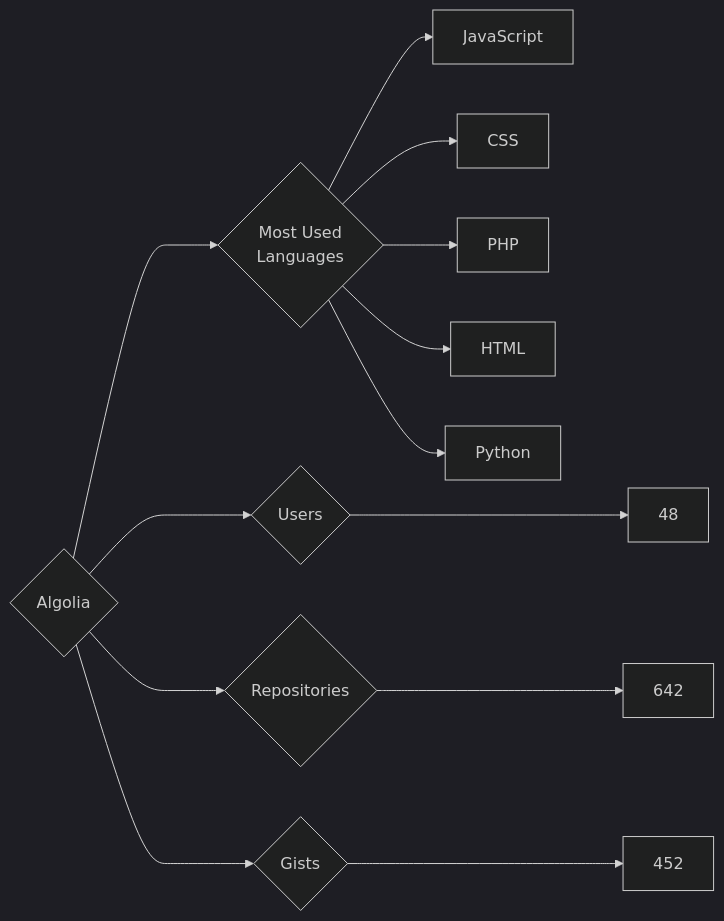
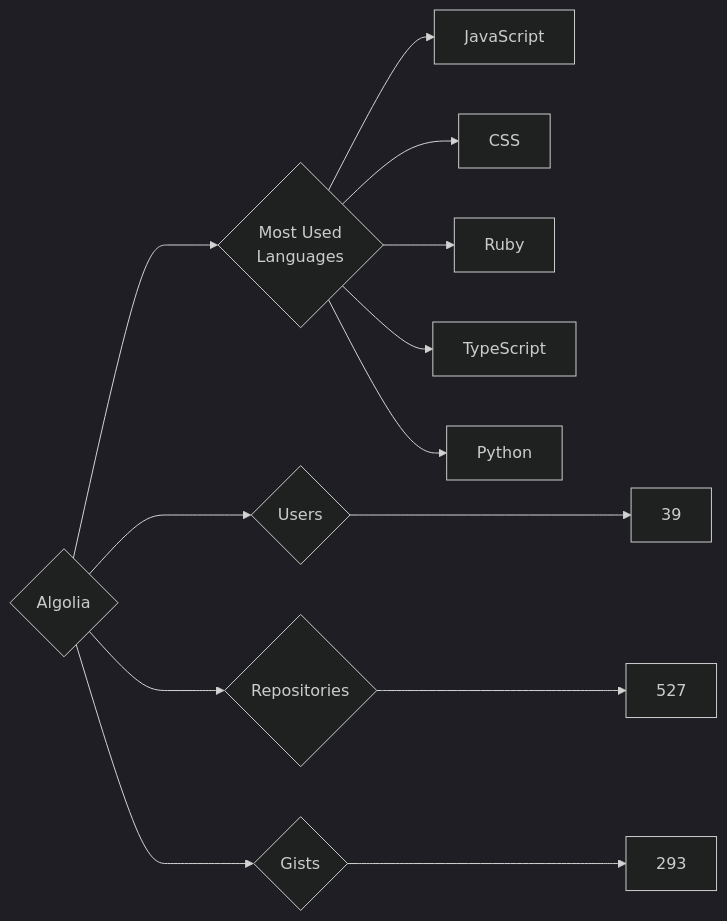
Before and after one commit to trickest/insiders: the diagram in targets/Algolia/README.md, drawn with Mermaid (dark theme). The commit also changed 723 other files, not shown here.

````diff
--- a/targets/Algolia/README.md
+++ b/targets/Algolia/README.md
@@ -3,13 +3,13 @@
 ```mermaid
 graph LR
 COMPANY_NAME{Algolia}
-COMPANY_NAME ---> U{Users} ---> UN[48]
-COMPANY_NAME ---> R{Repositories} ---> RN[642]
-COMPANY_NAME ---> G{Gists} ---> GN[452]
+COMPANY_NAME ---> U{Users} ---> UN[39]
+COMPANY_NAME ---> R{Repositories} ---> RN[527]
+COMPANY_NAME ---> G{Gists} ---> GN[293]
 COMPANY_NAME ---> ML{Most Used<br>Languages}
 ML --> JavaScript[JavaScript]
 ML --> CSS[CSS]
-ML --> PHP[PHP]
-ML --> HTML[HTML]
+ML --> Ruby[Ruby]
+ML --> TypeScript[TypeScript]
 ML --> Python[Python]
 ```
````
